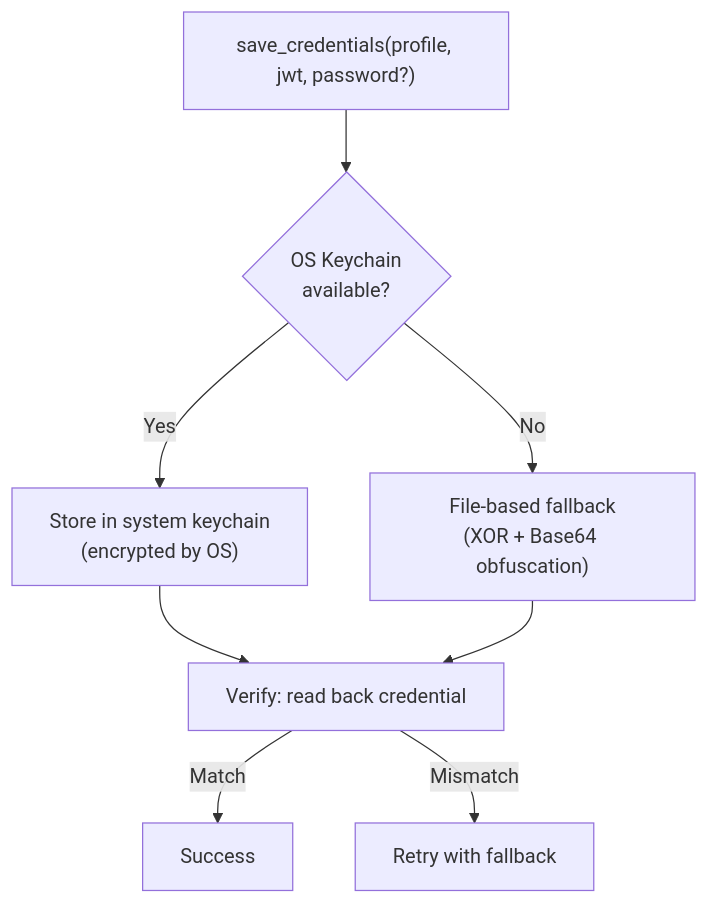
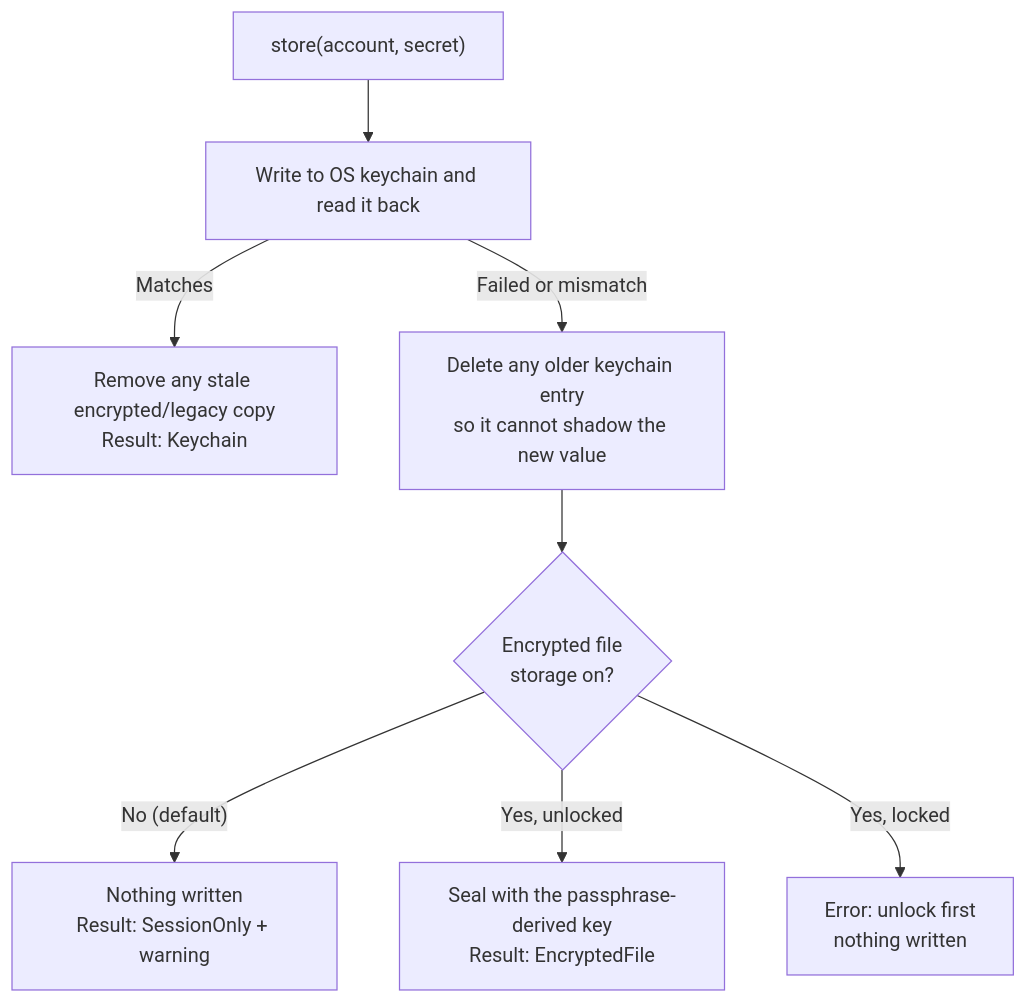
Before and after one commit to theonlytruebigmac/n-xport: diagram 11 of 12 in docs/TECHNICAL_OVERVIEW.md, drawn with Mermaid. The commit also changed other lines of this file and 1 other file, not shown here.

````diff
--- a/docs/TECHNICAL_OVERVIEW.md
+++ b/docs/TECHNICAL_OVERVIEW.md
@@ -700,10 +751,10 @@
 ```mermaid
 graph TD
-    A["save_credentials(profile, jwt, password?)"] --> B{"OS Keychain<br/>available?"}
-    B -->|Yes| C["Store in system keychain<br/>(encrypted by OS)"]
-    B -->|No| D["File-based fallback<br/>(XOR + Base64 obfuscation)"]
-    C --> E["Verify: read back credential"]
-    D --> E
-    E -->|"Match"| F["Success"]
-    E -->|"Mismatch"| G["Retry with fallback"]
+    A["store(account, secret)"] --> B["Write to OS keychain and read it back"]
+    B -->|"Matches"| C["Remove any stale encrypted/legacy copy<br/>Result: Keychain"]
+    B -->|"Failed or mismatch"| D["Delete any older keychain entry<br/>so it cannot shadow the new value"]
+    D --> E{"Encrypted file<br/>storage on?"}
+    E -->|"No (default)"| F["Nothing written<br/>Result: SessionOnly + warning"]
+    E -->|"Yes, unlocked"| G["Seal with the passphrase-derived key<br/>Result: EncryptedFile"]
+    E -->|"Yes, locked"| H["Error: unlock first<br/>nothing written"]
 ```
````
